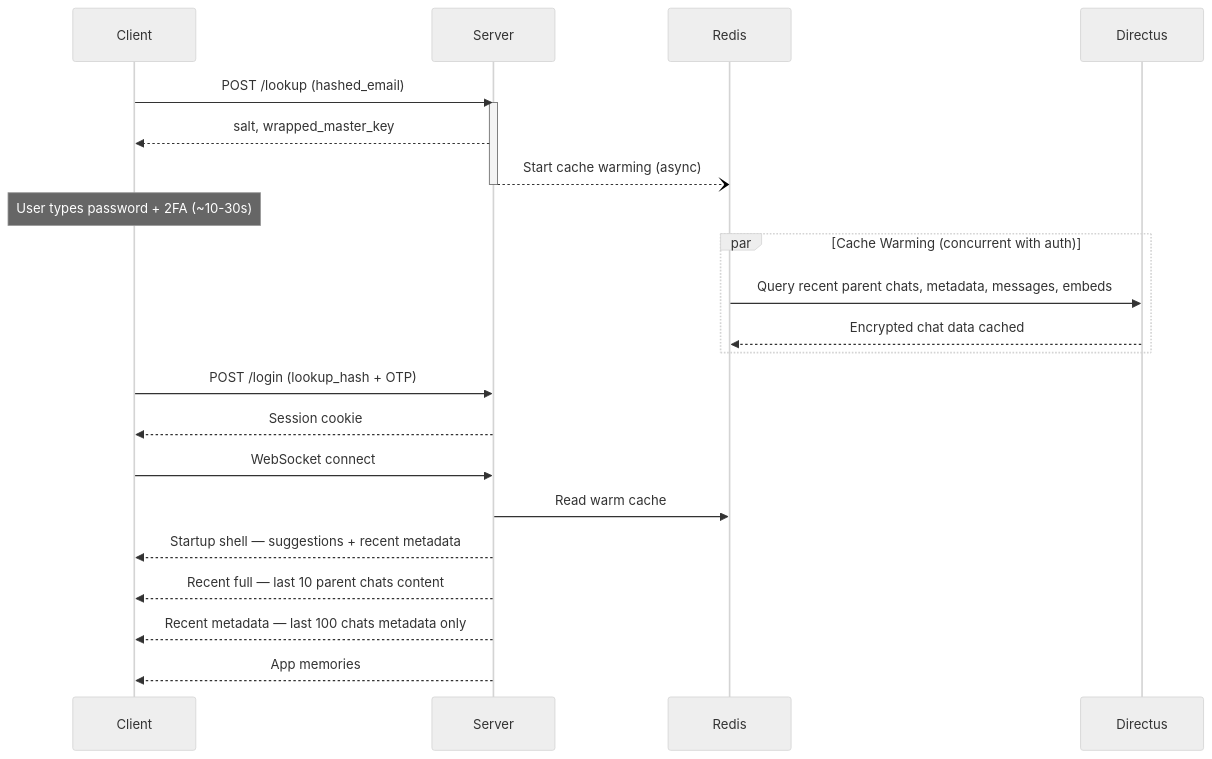
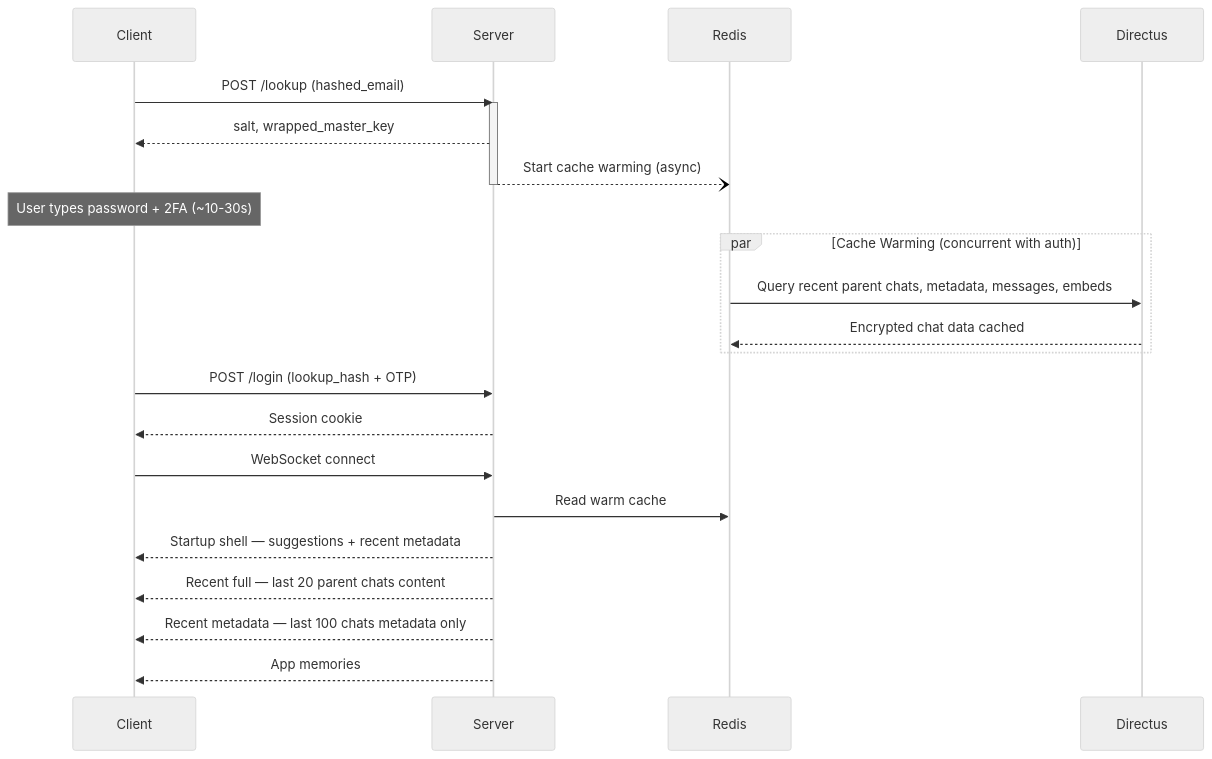
The diagram in docs/architecture/data/sync.md (glowingkitty/OpenMates), drawn with Mermaid (neutral theme) before and after one commit. The commit also changed other lines of this file and 2 other files, not shown here.

First line of the commit message:
docs: align sync architecture with twenty-parent startup

````diff
--- a/docs/architecture/data/sync.md
+++ b/docs/architecture/data/sync.md
@@ -136,30 +136,30 @@
 ```mermaid
 sequenceDiagram
     participant C as Client
     participant S as Server
     participant R as Redis
     participant D as Directus
 
     C->>S: POST /lookup (hashed_email)
     activate S
     S-->>C: salt, wrapped_master_key
     S--)R: Start cache warming (async)
     deactivate S
 
     Note over C: User types password + 2FA (~10-30s)
 
     par Cache Warming (concurrent with auth)
         R->>D: Query recent parent chats, metadata, messages, embeds
         D-->>R: Encrypted chat data cached
     end
 
     C->>S: POST /login (lookup_hash + OTP)
     S-->>C: Session cookie
 
     C->>S: WebSocket connect
     S->>R: Read warm cache
     S-->>C: Startup shell — suggestions + recent metadata
-    S-->>C: Recent full — last 10 parent chats content
+    S-->>C: Recent full — last 20 parent chats content
     S-->>C: Recent metadata — last 100 chats metadata only
     S-->>C: App memories
 ```
````
